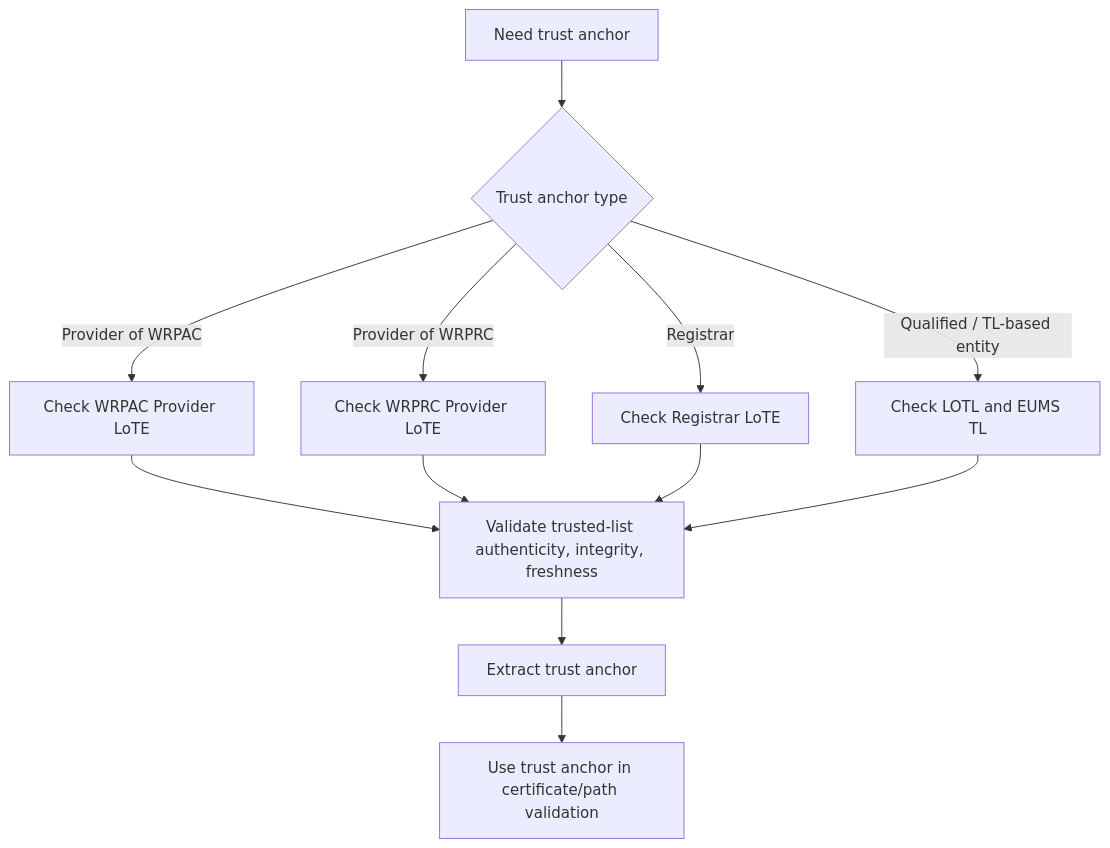
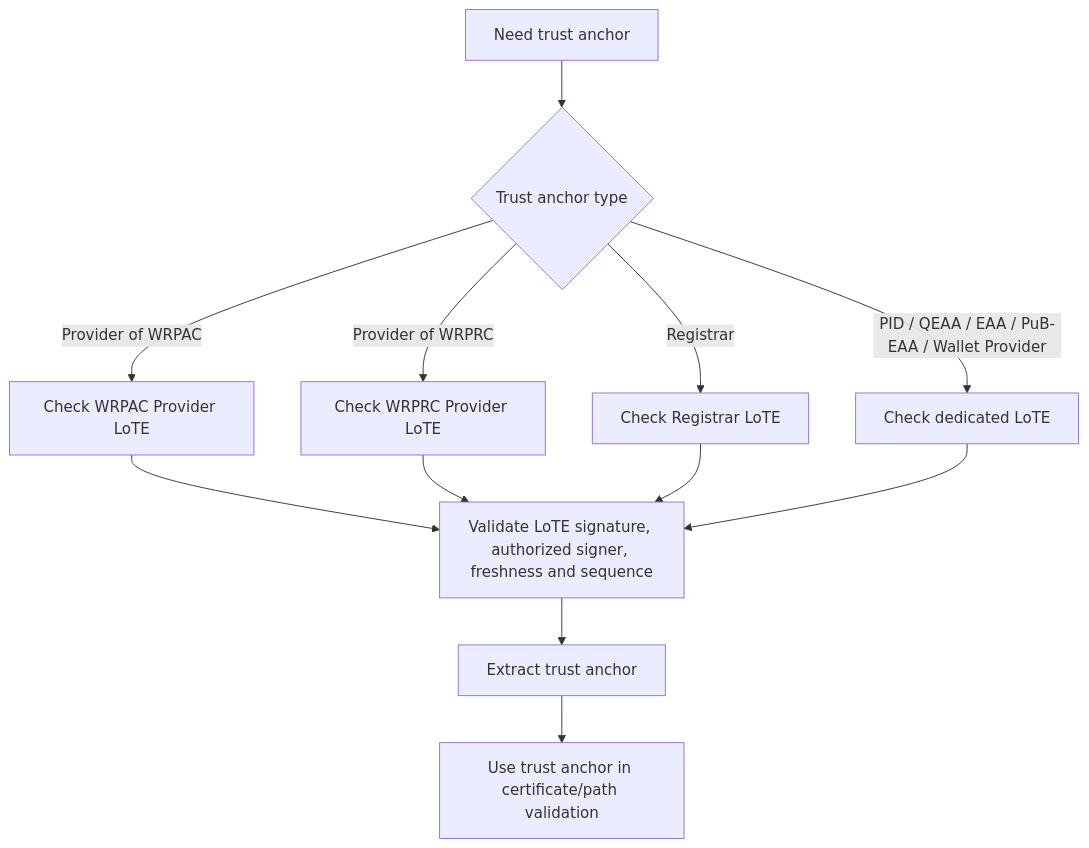
The fourth of 4 diagrams in docs/topics/trust-checks-presentation.md (APTITUDE-Consortium/wp2-trust-specifications), drawn with Mermaid before and after one commit. The commit also changed other lines of this file and 1 other file, not shown here.

````diff
--- a/docs/topics/trust-checks-presentation.md
+++ b/docs/topics/trust-checks-presentation.md
@@ -430,14 +430,14 @@
 ```mermaid
 flowchart TD
 A[Need trust anchor] --> B{Trust anchor type}
 B -->|Provider of WRPAC| L1[Check WRPAC Provider LoTE]
 B -->|Provider of WRPRC| L2[Check WRPRC Provider LoTE]
 B -->|Registrar| L3[Check Registrar LoTE]
-B -->|Qualified / TL-based entity| L4[Check LOTL and EUMS TL]
-L1 --> V[Validate trusted-list authenticity, integrity, freshness]
+B -->|PID / QEAA / EAA / PuB-EAA / Wallet Provider| L4[Check dedicated LoTE]
+L1 --> V[Validate LoTE signature, authorized signer, freshness and sequence]
 L2 --> V
 L3 --> V
 L4 --> V
 V --> TA[Extract trust anchor]
 TA --> Use[Use trust anchor in certificate/path validation]
 ```
````
